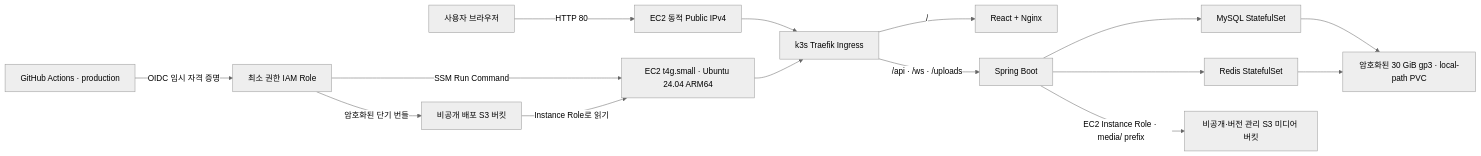
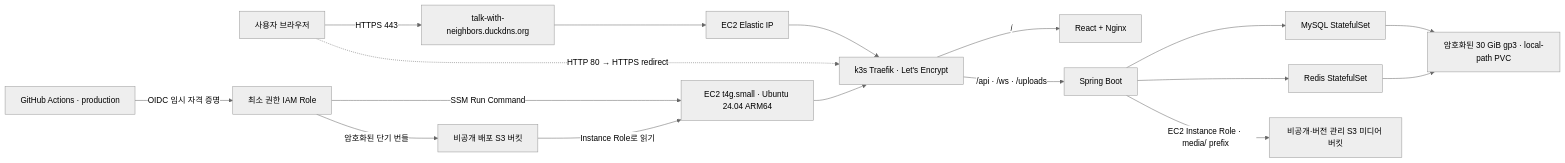
The diagram in docs/deployment/aws-k3s.md (gitUserKHS/talk_with_neighbors_back), drawn with Mermaid (neutral theme) before and after one commit. The commit also changed other lines of this file and 94 other files, not shown here.

````diff
--- a/docs/deployment/aws-k3s.md
+++ b/docs/deployment/aws-k3s.md
@@ -11,18 +11,20 @@
 ```mermaid
 flowchart LR
-    U["사용자 브라우저"] -->|"HTTP 80"| IP["EC2 동적 Public IPv4"]
-    IP --> T["k3s Traefik Ingress"]
+    U["사용자 브라우저"] -->|"HTTPS 443"| DNS["talk-with-neighbors.duckdns.org"]
+    DNS --> IP["EC2 Elastic IP"]
+    IP --> T["k3s Traefik · Let's Encrypt"]
+    U -. "HTTP 80 → HTTPS redirect" .-> T
     T -->|"/"| F["React + Nginx"]
     T -->|"/api · /ws · /uploads"| B["Spring Boot"]
     B --> M["MySQL StatefulSet"]
     B --> R["Redis StatefulSet"]
     M --> E["암호화된 30 GiB gp3 · local-path PVC"]
     R --> E
     B -->|"EC2 Instance Role · media/ prefix"| S3["비공개·버전 관리 S3 미디어 버킷"]
 
     G["GitHub Actions · production"] -->|"OIDC 임시 자격 증명"| IAM["최소 권한 IAM Role"]
     IAM -->|"암호화된 단기 번들"| DS3["비공개 배포 S3 버킷"]
     IAM -->|"SSM Run Command"| EC2["EC2 t4g.small · Ubuntu 24.04 ARM64"]
     DS3 -->|"Instance Role로 읽기"| EC2
     EC2 --> T
 ```
````
